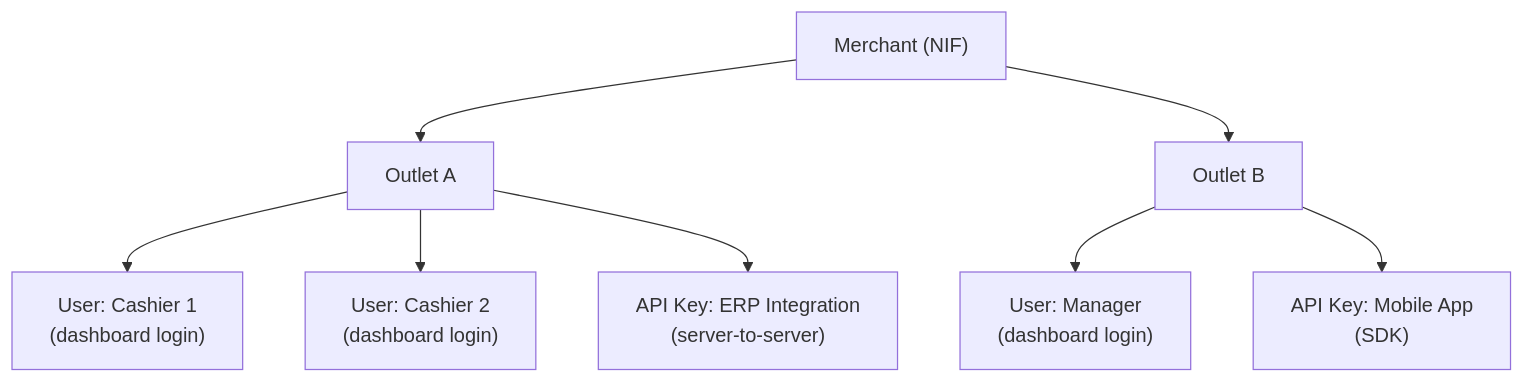
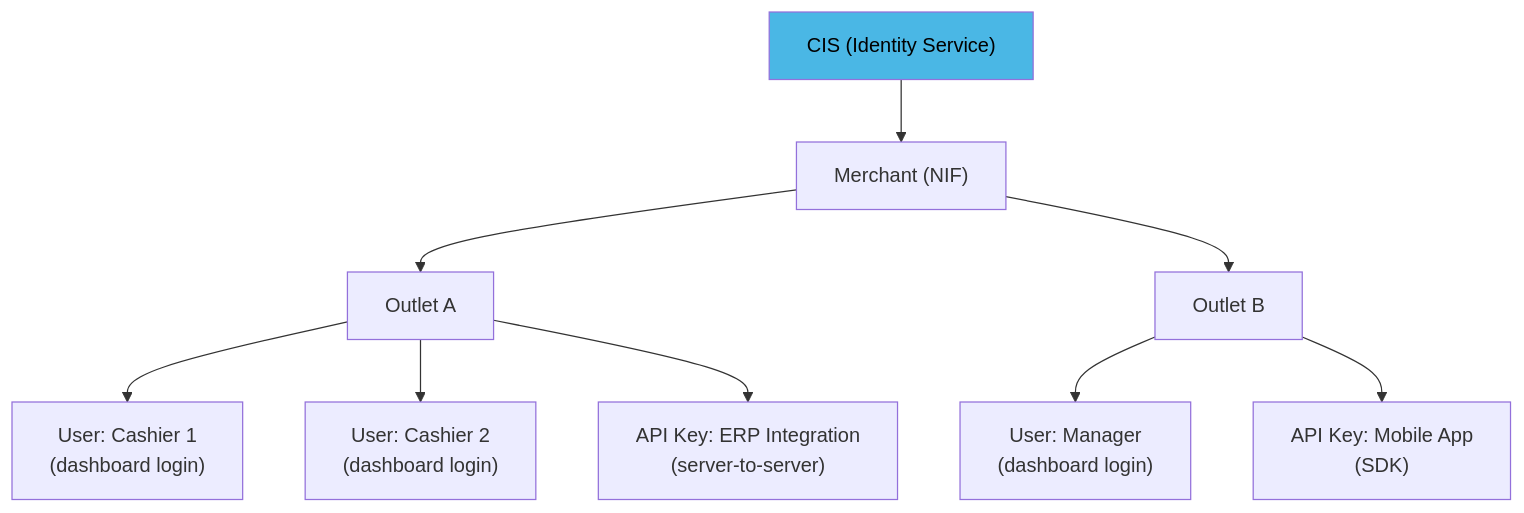
Before and after one commit to stalela/stalela-docs: the first of 2 diagrams in docs/20-fiscal-platform/platform/multi-user.md, drawn with Mermaid. The commit also changed other lines of this file and 106 other files, not shown here.

````diff
--- a/docs/20-fiscal-platform/platform/multi-user.md
+++ b/docs/20-fiscal-platform/platform/multi-user.md
@@ -7,10 +9,13 @@
 ```mermaid
 flowchart TD
+    CIS["CIS (Identity Service)"] --> Merchant
     Merchant["Merchant (NIF)"] --> Outlet1["Outlet A"]
     Merchant --> Outlet2["Outlet B"]
     Outlet1 --> User1["User: Cashier 1\n(dashboard login)"]
     Outlet1 --> User2["User: Cashier 2\n(dashboard login)"]
     Outlet1 --> Key1["API Key: ERP Integration\n(server-to-server)"]
     Outlet2 --> User3["User: Manager\n(dashboard login)"]
     Outlet2 --> Key2["API Key: Mobile App\n(SDK)"]
+
+    style CIS fill:#4AB7E5,color:#000
 ```
````
